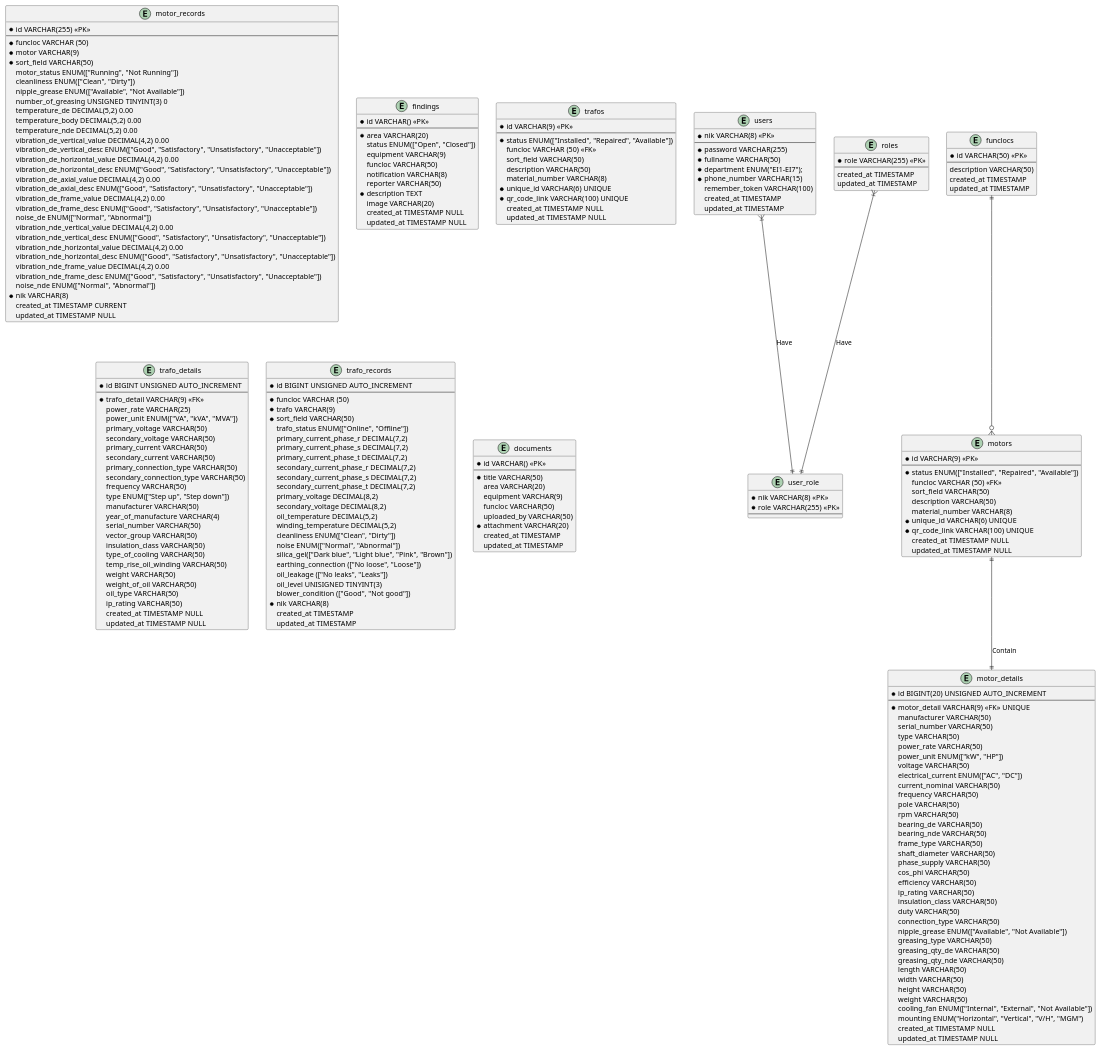
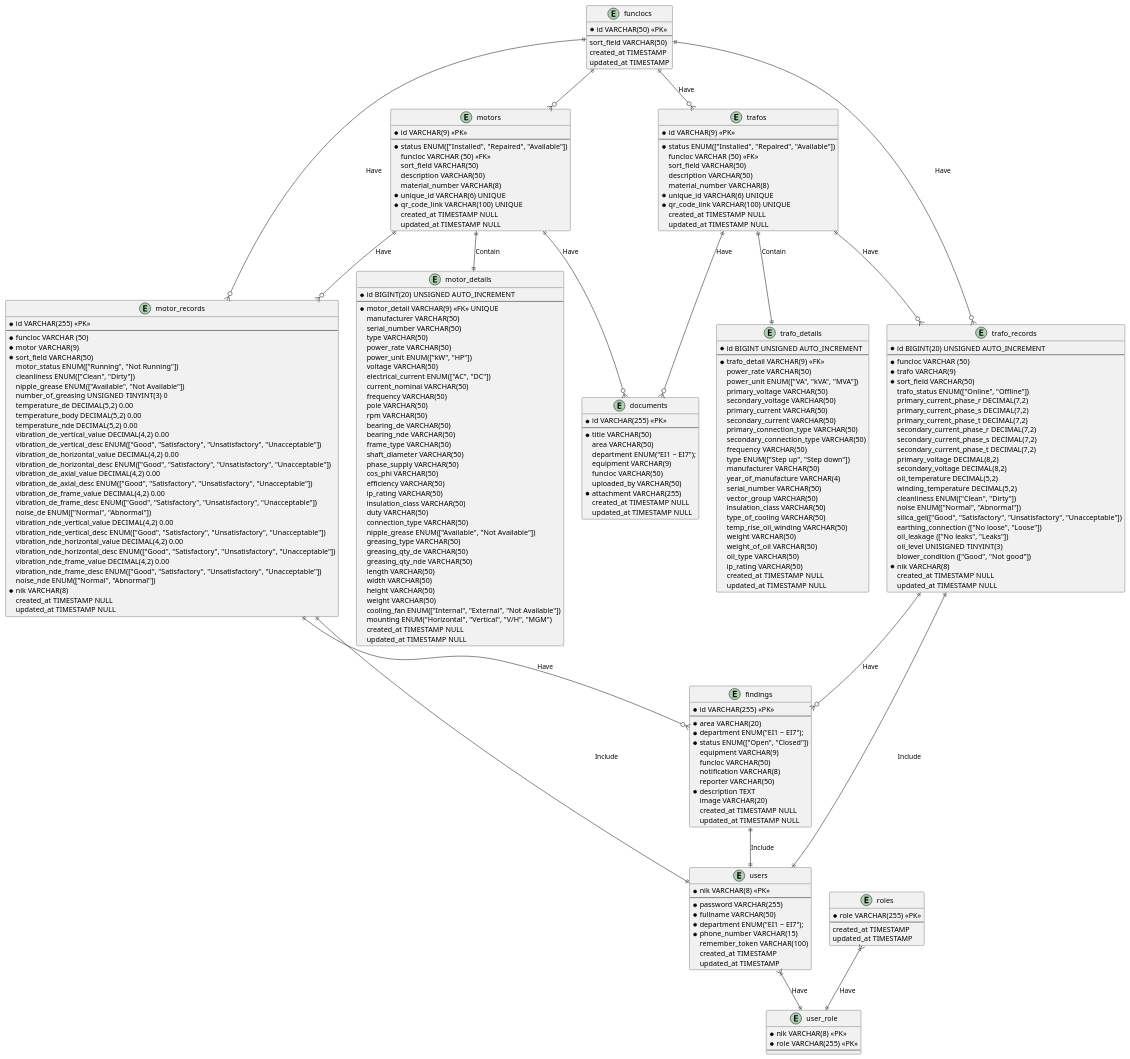
One commit to doniduaasattuu/fajar-e-maintenance changed the diagram in docs/fajar_e_maintenance.puml. Above: the diagram before and after it, drawn with PlantUML. The commit also changed 31 other files, not shown here.

Commit message:
docs: change column description to sort_field in table funcloc

```diff
--- a/docs/fajar_e_maintenance.puml
+++ b/docs/fajar_e_maintenance.puml
@@ -5,7 +5,7 @@
   --
   * password VARCHAR(255)
   * fullname VARCHAR(50)
-  * department ENUM("EI1-EI7");
+  * department ENUM("EI1 ~ EI7");
   * phone_number VARCHAR(15)
     remember_token VARCHAR(100)
     created_at TIMESTAMP
@@ -29,7 +29,7 @@
 {
   * id VARCHAR(50) <<PK>>
   --
-    description VARCHAR(50)
+    sort_field VARCHAR(50)
     created_at TIMESTAMP
     updated_at TIMESTAMP
 }
@@ -119,21 +119,6 @@
     vibration_nde_frame_desc ENUM(["Good", "Satisfactory", "Unsatisfactory", "Unacceptable"])   
     noise_nde ENUM(["Normal", "Abnormal"])
   * nik VARCHAR(8)
-    created_at TIMESTAMP CURRENT
-    updated_at TIMESTAMP NULL
-}
-
-entity findings {
-  * id VARCHAR() <<PK>>
-  --
-  * area VARCHAR(20)
-    status ENUM(["Open", "Closed"])
-    equipment VARCHAR(9)
-    funcloc VARCHAR(50)
-    notification VARCHAR(8)
-    reporter VARCHAR(50)
-  * description TEXT
-    image VARCHAR(20)
     created_at TIMESTAMP NULL
     updated_at TIMESTAMP NULL
 }
@@ -156,7 +141,7 @@
   * id BIGINT UNSIGNED AUTO_INCREMENT
   --
   * trafo_detail VARCHAR(9) <<FK>>
-    power_rate VARCHAR(25)
+    power_rate VARCHAR(50)
     power_unit ENUM(["VA", "kVA", "MVA"])
     primary_voltage VARCHAR(50)
     secondary_voltage VARCHAR(50)  
@@ -182,7 +167,7 @@
 }
 
 entity trafo_records {
-  * id BIGINT UNSIGNED AUTO_INCREMENT
+  * id BIGINT(20) UNSIGNED AUTO_INCREMENT
   --
   * funcloc VARCHAR (50)
   * trafo VARCHAR(9)
@@ -200,49 +185,66 @@
     winding_temperature DECIMAL(5,2) 
     cleanliness ENUM(["Clean", "Dirty"])
     noise ENUM(["Normal", "Abnormal"])
-    silica_gel(["Dark blue", "Light blue", "Pink", "Brown"])
+    silica_gel(["Good", "Satisfactory", "Unsatisfactory", "Unacceptable"])
     earthing_connection (["No loose", "Loose"])
     oil_leakage (["No leaks", "Leaks"])
     oil_level UNISIGNED TINYINT(3)
     blower_condition (["Good", "Not good"])
   * nik VARCHAR(8)
-    created_at TIMESTAMP
-    updated_at TIMESTAMP
+    created_at TIMESTAMP NULL
+    updated_at TIMESTAMP NULL
+}
+
+entity findings {
+  * id VARCHAR(255) <<PK>>
+  --
+  * area VARCHAR(20)
+  * department ENUM("EI1 ~ EI7");
+  * status ENUM(["Open", "Closed"])
+    equipment VARCHAR(9)
+    funcloc VARCHAR(50)
+    notification VARCHAR(8)
+    reporter VARCHAR(50)  
+  * description TEXT
+    image VARCHAR(20)
+    created_at TIMESTAMP NULL
+    updated_at TIMESTAMP NULL
 }
 
 entity documents {
-  * id VARCHAR() <<PK>>
+  * id VARCHAR(255) <<PK>>
   --
   * title VARCHAR(50)
-    area VARCHAR(20)
+    area VARCHAR(50)
+    department ENUM("EI1 ~ EI7");
     equipment VARCHAR(9)
     funcloc VARCHAR(50)
     uploaded_by VARCHAR(50)
-  * attachment VARCHAR(20)
-    created_at TIMESTAMP
-    updated_at TIMESTAMP
+  * attachment VARCHAR(255)
+    created_at TIMESTAMP NULL
+    updated_at TIMESTAMP NULL
 }
  
 users }|--|| user_role : Have
 roles }|--|| user_role : Have
 
 funclocs ||--o{ motors
-' funclocs ||--o{ motor_records : Have
-' motors ||--o{ motor_records : Have
+funclocs ||--o{ motor_records : Have
+motors ||--o{ motor_records : Have
 motors ||--|| motor_details : Contain
-' motor_records ||--|| users : Include
+motor_records ||--|| users : Include
 
-' funclocs ||--o{ trafos : Have
-' funclocs ||--o{ trafo_records : Have
-' trafos ||--o{ trafo_records : Have
-' trafos ||--|| trafo_details : Contain
-' trafo_records ||--|| users : Include
+funclocs ||--o{ trafos : Have
+funclocs ||--o{ trafo_records : Have
+trafos ||--o{ trafo_records : Have
+trafos ||--|| trafo_details : Contain
+trafo_records ||--|| users : Include
 
-' findings ||--|| users : Include
-' motor_records ||--o{ findings : Have
-' trafo_records ||--o{ findings : Have
+findings ||--|| users : Include
+motor_records ||--o{ findings : Have
+trafo_records ||--o{ findings : Have
 
-' motors ||--o{ documents : Have
-' trafos ||--o{ documents : Have
+motors ||--o{ documents : Have
+trafos ||--o{ documents : Have
 
 @enduml
```
